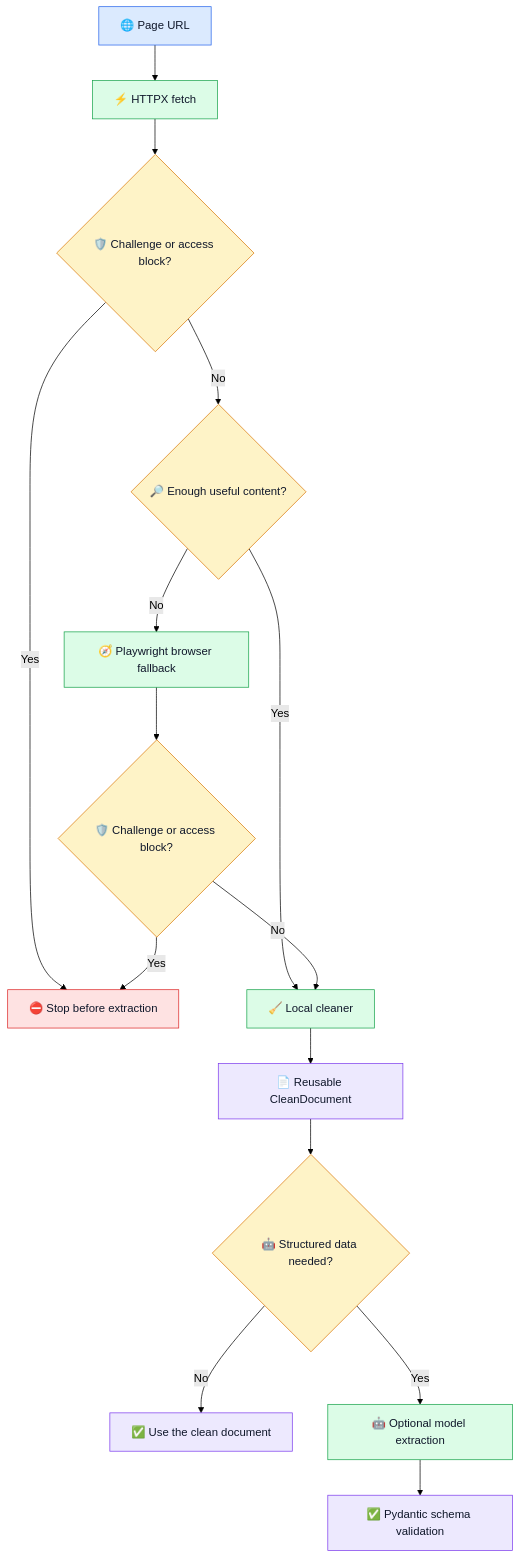
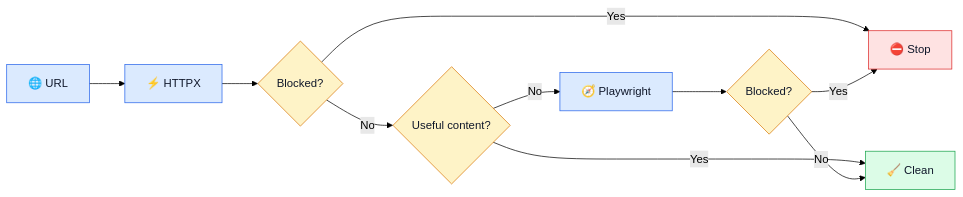
The first of 2 diagrams in README.md (Hatef-AGInaz/AGInaz_Smart_Miner), drawn with Mermaid (forest theme) before and after one commit. The commit also changed other lines of this file, not shown here.

Commit message:
docs: split architecture into compact diagrams

````diff
--- a/README.md
+++ b/README.md
@@ -37,28 +39,21 @@
 ```mermaid
-flowchart TD
-    A["🌐 Page URL"] --> B["⚡ HTTPX fetch"]
-    B --> C{"🛡️ Challenge or access block?"}
-    C -- Yes --> X["⛔ Stop before extraction"]
-    C -- No --> D{"🔎 Enough useful content?"}
-    D -- Yes --> G["🧹 Local cleaner"]
-    D -- No --> E["🧭 Playwright browser fallback"]
-    E --> F{"🛡️ Challenge or access block?"}
+flowchart LR
+    A["🌐 URL"] --> B["⚡ HTTPX"]
+    B --> C{"Blocked?"}
+    C -- Yes --> X["⛔ Stop"]
+    C -- No --> D{"Useful content?"}
+    D -- Yes --> G["🧹 Clean"]
+    D -- No --> E["🧭 Playwright"]
+    E --> F{"Blocked?"}
     F -- Yes --> X
     F -- No --> G
-    G --> H["📄 Reusable CleanDocument"]
-    H --> I{"🤖 Structured data needed?"}
-    I -- No --> J["✅ Use the clean document"]
-    I -- Yes --> K["🤖 Optional model extraction"]
-    K --> L["✅ Pydantic schema validation"]
 
-    classDef input fill:#dbeafe,stroke:#2563eb,color:#0f172a;
-    classDef process fill:#dcfce7,stroke:#16a34a,color:#0f172a;
+    classDef fetch fill:#dbeafe,stroke:#2563eb,color:#0f172a;
     classDef decision fill:#fef3c7,stroke:#d97706,color:#0f172a;
     classDef stop fill:#fee2e2,stroke:#dc2626,color:#0f172a;
-    classDef output fill:#ede9fe,stroke:#7c3aed,color:#0f172a;
-    class A input;
-    class B,E,G,K process;
-    class C,D,F,I decision;
+    classDef clean fill:#dcfce7,stroke:#16a34a,color:#0f172a;
+    class A,B,E fetch;
+    class C,D,F decision;
     class X stop;
-    class H,J,L output;
+    class G clean;
 ```
````
